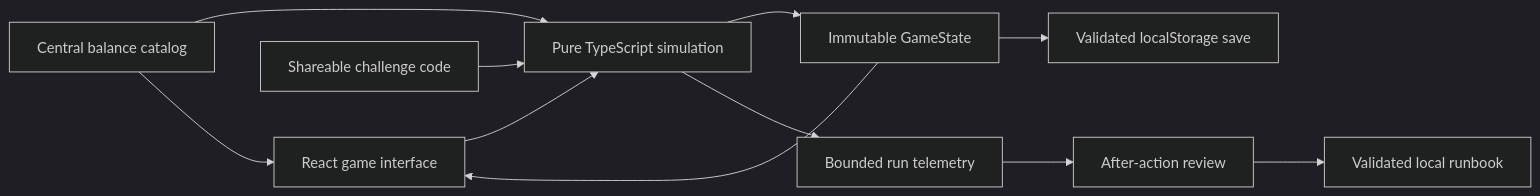
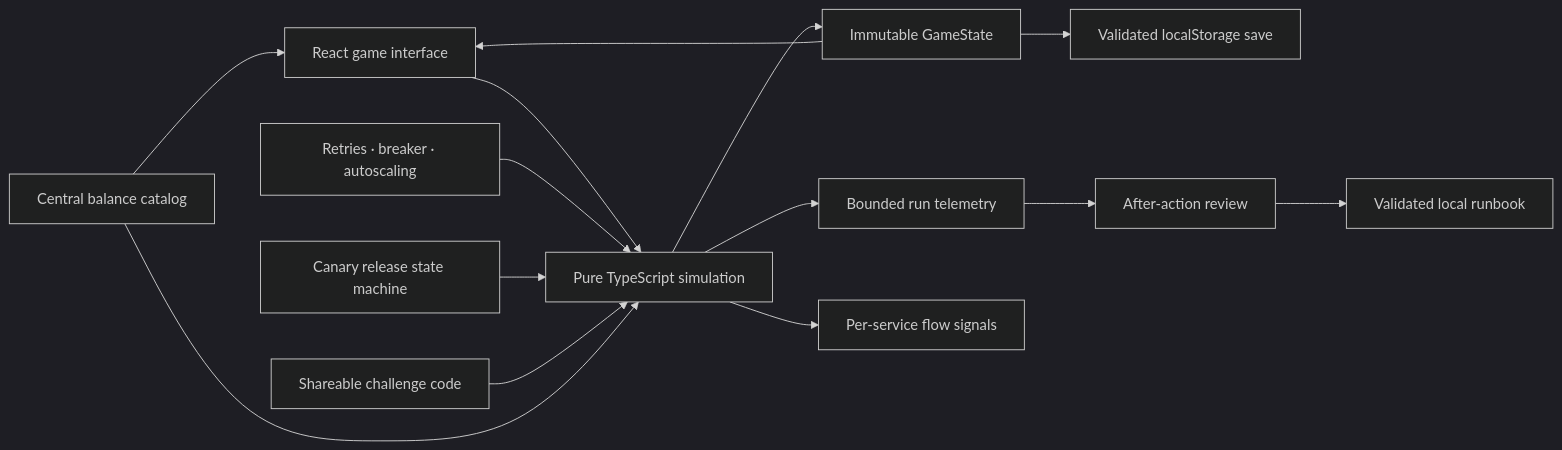
One commit to chadkraus87/stack-city changed the diagram in README.md. Above: the diagram before and after it, drawn with Mermaid (dark theme). The commit also changed other lines of this file and 16 other files, not shown here.

````diff
--- a/README.md
+++ b/README.md
@@ -243,13 +267,16 @@
 ```mermaid
 flowchart LR
   UI["React game interface"] --> Engine["Pure TypeScript simulation"]
   Engine --> State["Immutable GameState"]
   State --> UI
   State --> Save["Validated localStorage save"]
   Engine --> Telemetry["Bounded run telemetry"]
+  Engine --> Signals["Per-service flow signals"]
+  Controls["Retries · breaker · autoscaling"] --> Engine
+  Canary["Canary release state machine"] --> Engine
   Telemetry --> Report["After-action review"]
   Report --> History["Validated local runbook"]
   Seed["Shareable challenge code"] --> Engine
   Catalog["Central balance catalog"] --> Engine
   Catalog --> UI
 ```
````
